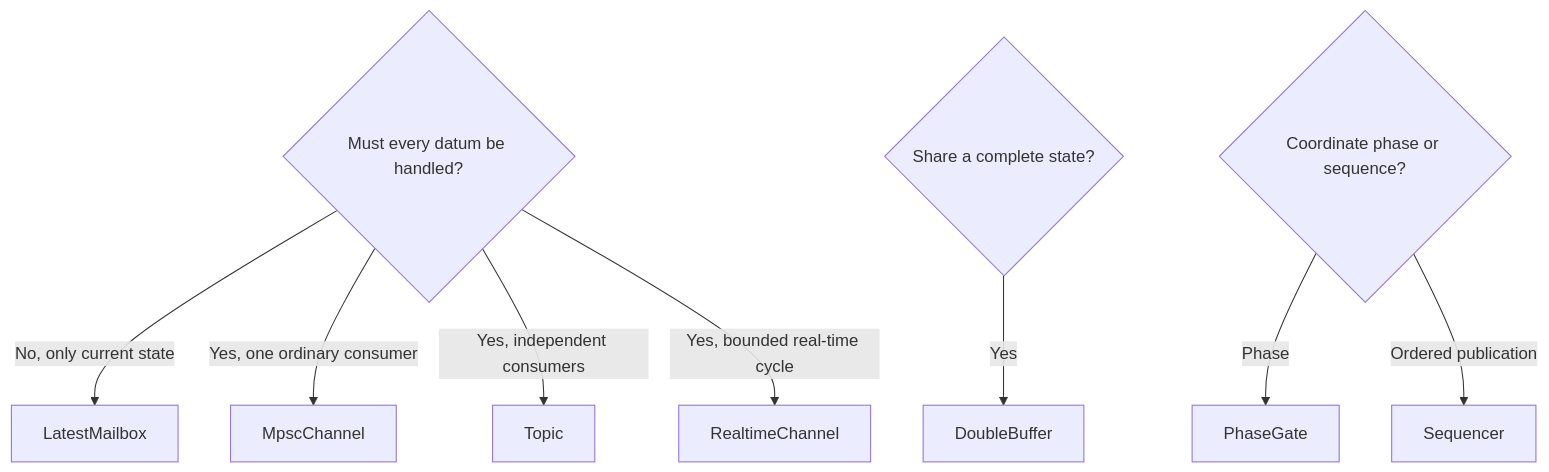
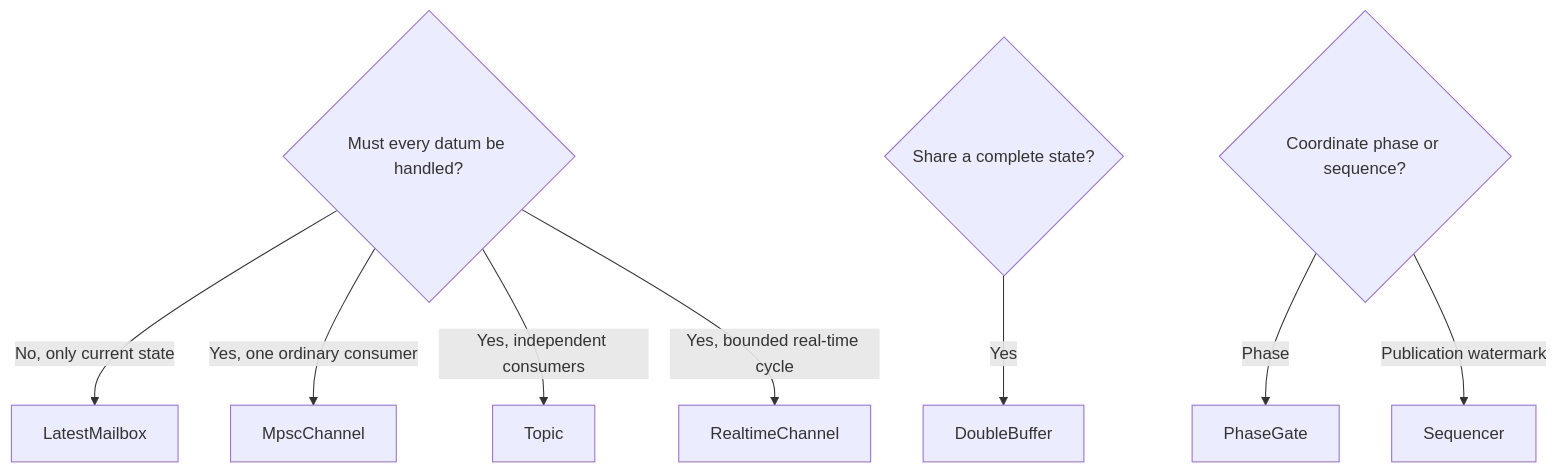
One commit to Linductor-alkaid/executor changed the diagram in website/en/guides/choosing-communication.md. Above: the diagram before and after it, drawn with Mermaid. The commit also changed other lines of this file and 36 other files, not shown here.

````diff
--- a/website/en/guides/choosing-communication.md
+++ b/website/en/guides/choosing-communication.md
@@ -21,13 +21,13 @@
 ```mermaid
 flowchart TD
     A{Must every datum be handled?}
     A -- No, only current state --> B[LatestMailbox]
     A -- Yes, one ordinary consumer --> C[MpscChannel]
     A -- Yes, independent consumers --> T[Topic]
     A -- Yes, bounded real-time cycle --> D[RealtimeChannel]
     E{Share a complete state?}
     E -- Yes --> F[DoubleBuffer]
     G{Coordinate phase or sequence?}
     G -- Phase --> H[PhaseGate]
-    G -- Ordered publication --> I[Sequencer]
+    G -- Publication watermark --> I[Sequencer]
 ```
````
